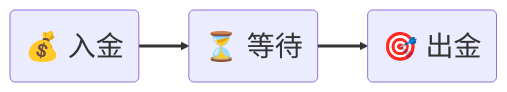
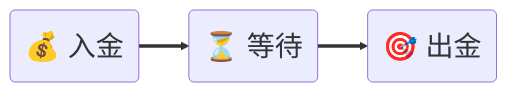
The third of 6 diagrams in notes/2026-07-27_privacy_pools/slides.md (ChihChengLiang/notes), drawn with Mermaid before and after one commit. The commit also changed other lines of this file, not shown here.

````diff
--- a/notes/2026-07-27_privacy_pools/slides.md
+++ b/notes/2026-07-27_privacy_pools/slides.md
@@ -135,14 +135,12 @@
 ```mermaid
 flowchart LR
     A("💰 入金")
     B("⏳ 等待")
     C("🎯 出金")
 
-    A --> B --> C
+    A ==> B ==> C
 
     style A font-size:28px
     style B font-size:28px
     style C font-size:28px
-    linkStyle 0 stroke-width:3px
-    linkStyle 1 stroke-width:3px
 ```
````
